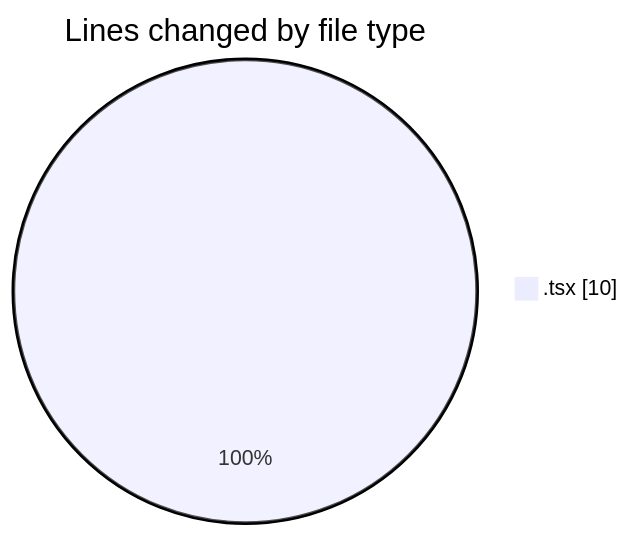
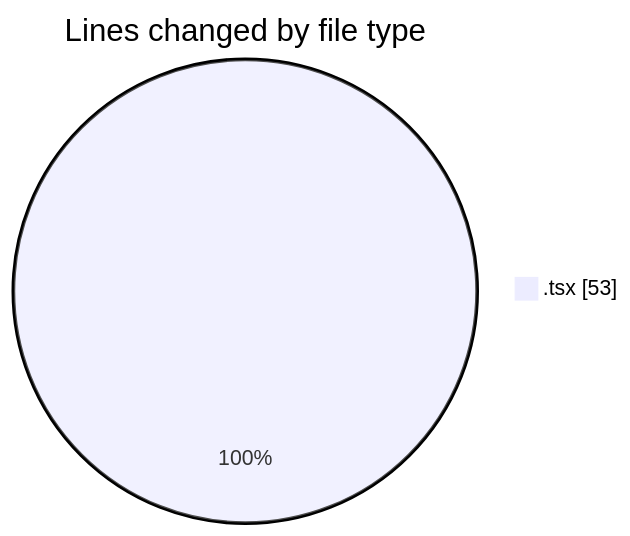
One commit to robertbonfada/code-tracking changed the first of 2 diagrams in 2025-02-07/mbc-web/README.md. Above: the diagram before and after it, drawn with Mermaid. The commit also changed other lines of this file and 1 other file, not shown here.

````diff
--- a/2025-02-07/mbc-web/README.md
+++ b/2025-02-07/mbc-web/README.md
@@ -21,5 +22,5 @@
 ```mermaid
 pie showData
 title Lines changed by file type
-".tsx" : 10
+".tsx" : 53
 ```
````
